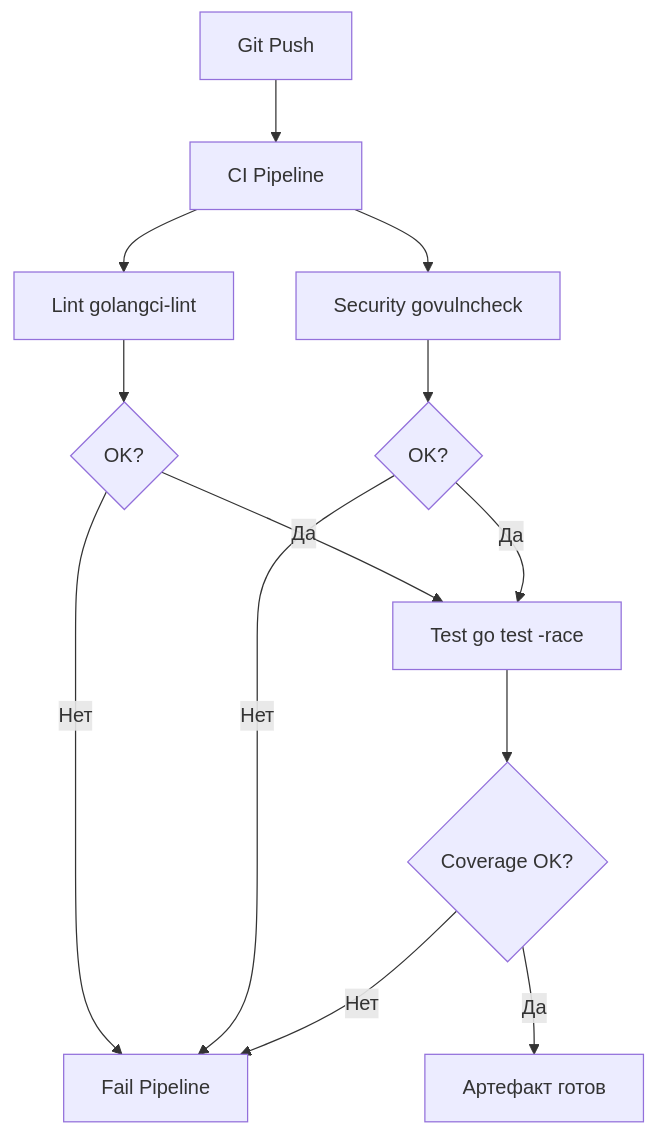
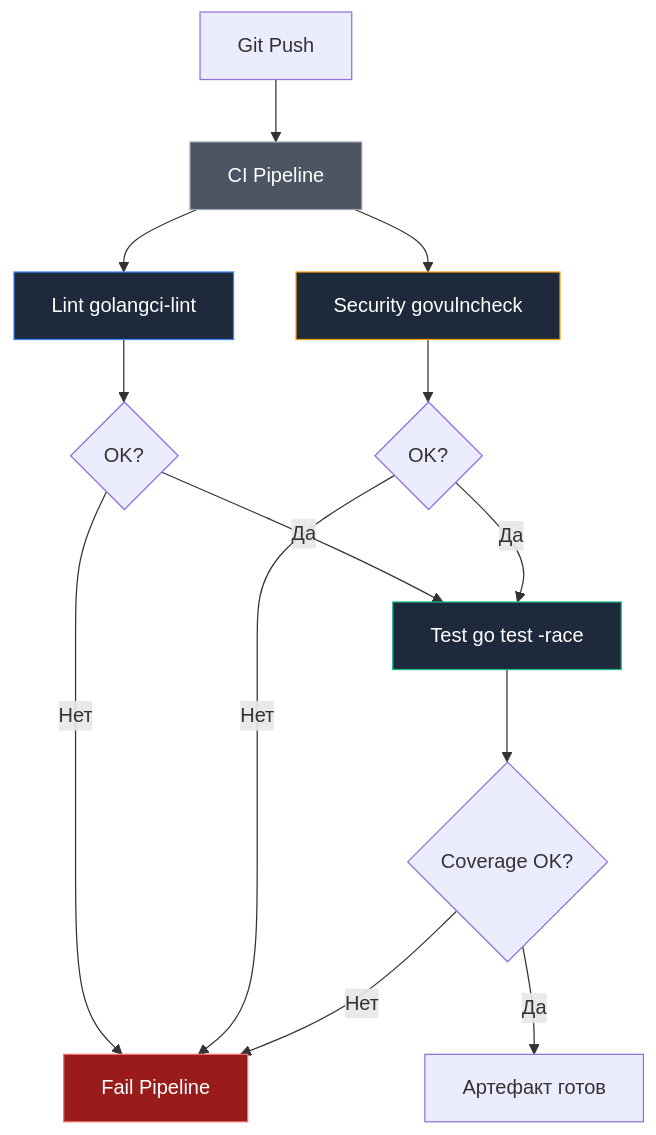
One commit to UnrealTemplier/go-textbook changed the diagram in sources/8. Инфраструктура языка, Тулинг и CI_CD/26. CI_CD. Общие принципы.md. Above: the diagram before and after it, drawn with Mermaid. The commit also changed other lines of this file, not shown here.

````diff
--- a/sources/8. Инфраструктура языка, Тулинг и CI_CD/26. CI_CD. Общие принципы.md
+++ b/sources/8. Инфраструктура языка, Тулинг и CI_CD/26. CI_CD. Общие принципы.md
@@ -19,20 +25,26 @@
 ```mermaid
 flowchart TD
     A["Git Push"] --> B["CI Pipeline"]
     
     B --> C["Lint golangci-lint"]
     B --> D["Security govulncheck"]
     
     C --> E{"OK?"}
     D --> F{"OK?"}
     
     E -- "Нет" --> G["Fail Pipeline"]
     F -- "Нет" --> G
     
     E -- "Да" --> H["Test go test -race"]
     F -- "Да" --> H
     
     H --> I{"Coverage OK?"}
     I -- "Нет" --> G
     I -- "Да" --> J["Артефакт готов"]
+    
+    style B fill:#4b5563,stroke:#9ca3af,color:#fff
+    style C fill:#1e293b,stroke:#3b82f6,color:#fff
+    style D fill:#1e293b,stroke:#f59e0b,color:#fff
+    style H fill:#1e293b,stroke:#10b981,color:#fff
+    style G fill:#991b1b,stroke:#f87171,color:#fff
 ```
````
